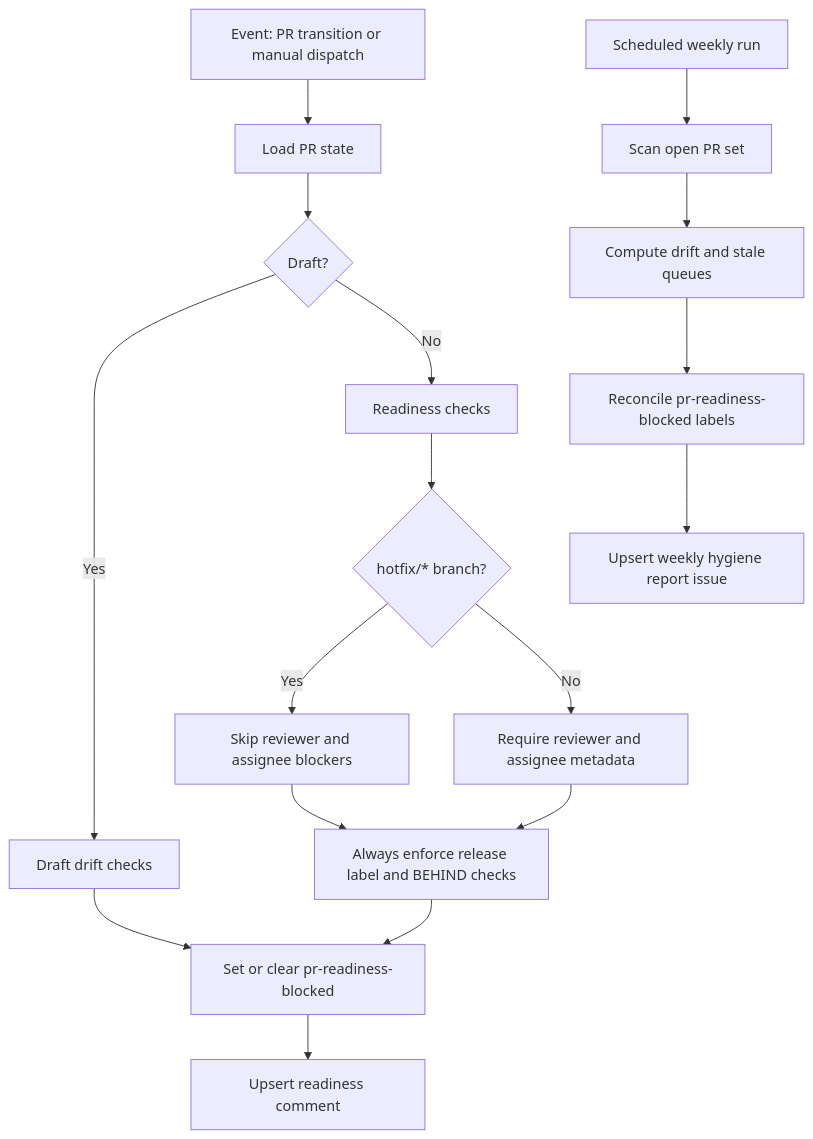
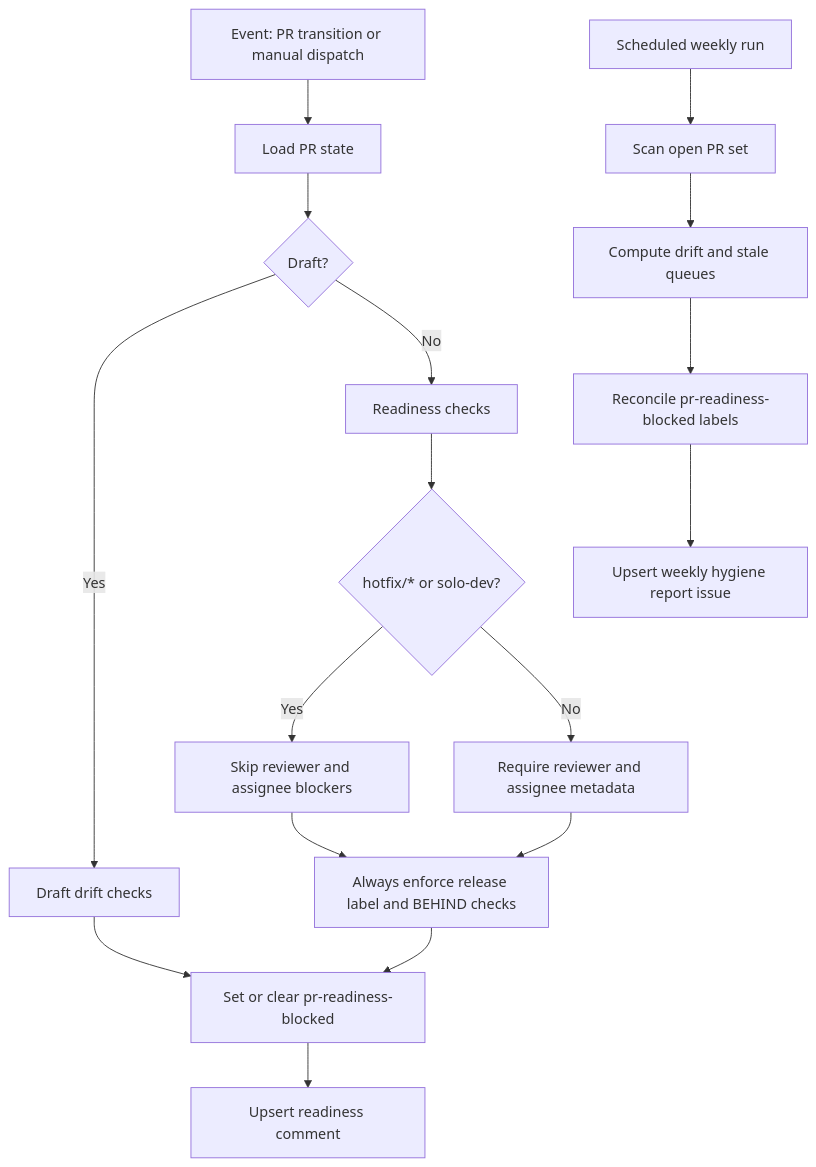
One commit to ivegamsft/basecoat changed the diagram in docs/reference/workflows/pr-flow-hygiene.md. Above: the diagram before and after it, drawn with Mermaid. The commit also changed other lines of this file and 8 other files, not shown here.

First line of the commit message:
fix(workflows): keep solo-dev auto-merge from waiting on GitHub review (#3026)

````diff
--- a/docs/reference/workflows/pr-flow-hygiene.md
+++ b/docs/reference/workflows/pr-flow-hygiene.md
@@ -11,20 +11,20 @@
 ```mermaid
 flowchart TD
   A[Event: PR transition or manual dispatch] --> B[Load PR state]
   B --> C{Draft?}
   C -->|Yes| D[Draft drift checks]
   C -->|No| E[Readiness checks]
-  E --> F{hotfix/* branch?}
+  E --> F{hotfix/* or solo-dev?}
   F -->|Yes| G[Skip reviewer and assignee blockers]
   F -->|No| H[Require reviewer and assignee metadata]
   G --> I[Always enforce release label and BEHIND checks]
   H --> I
   D --> J[Set or clear pr-readiness-blocked]
   I --> J
   J --> K[Upsert readiness comment]
 
   L[Scheduled weekly run] --> M[Scan open PR set]
   M --> N[Compute drift and stale queues]
   N --> O[Reconcile pr-readiness-blocked labels]
   O --> P[Upsert weekly hygiene report issue]
 ```
````
